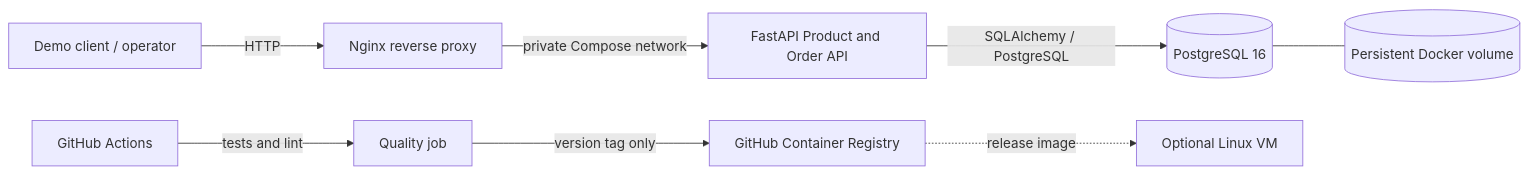
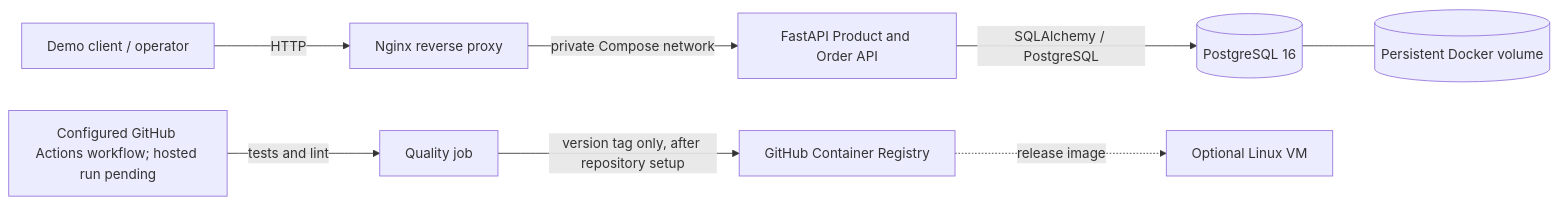
Before and after one commit to Anmol280/ecommerce-platform: the diagram in docs/architecture.md, drawn with Mermaid. The commit also changed other lines of this file and 62 other files, not shown here.

````diff
--- a/docs/architecture.md
+++ b/docs/architecture.md
@@ -5,10 +5,10 @@
 ```mermaid
 flowchart LR
     Client[Demo client / operator] -->|HTTP| Proxy[Nginx reverse proxy]
     Proxy -->|private Compose network| API[FastAPI Product and Order API]
     API -->|SQLAlchemy / PostgreSQL| DB[(PostgreSQL 16)]
     DB --- Volume[(Persistent Docker volume)]
-    GitHub[GitHub Actions] -->|tests and lint| CI[Quality job]
-    CI -->|version tag only| Registry[GitHub Container Registry]
+    GitHub[Configured GitHub Actions workflow; hosted run pending] -->|tests and lint| CI[Quality job]
+    CI -->|version tag only, after repository setup| Registry[GitHub Container Registry]
     Registry -. release image .-> VM[Optional Linux VM]
 ```
````
